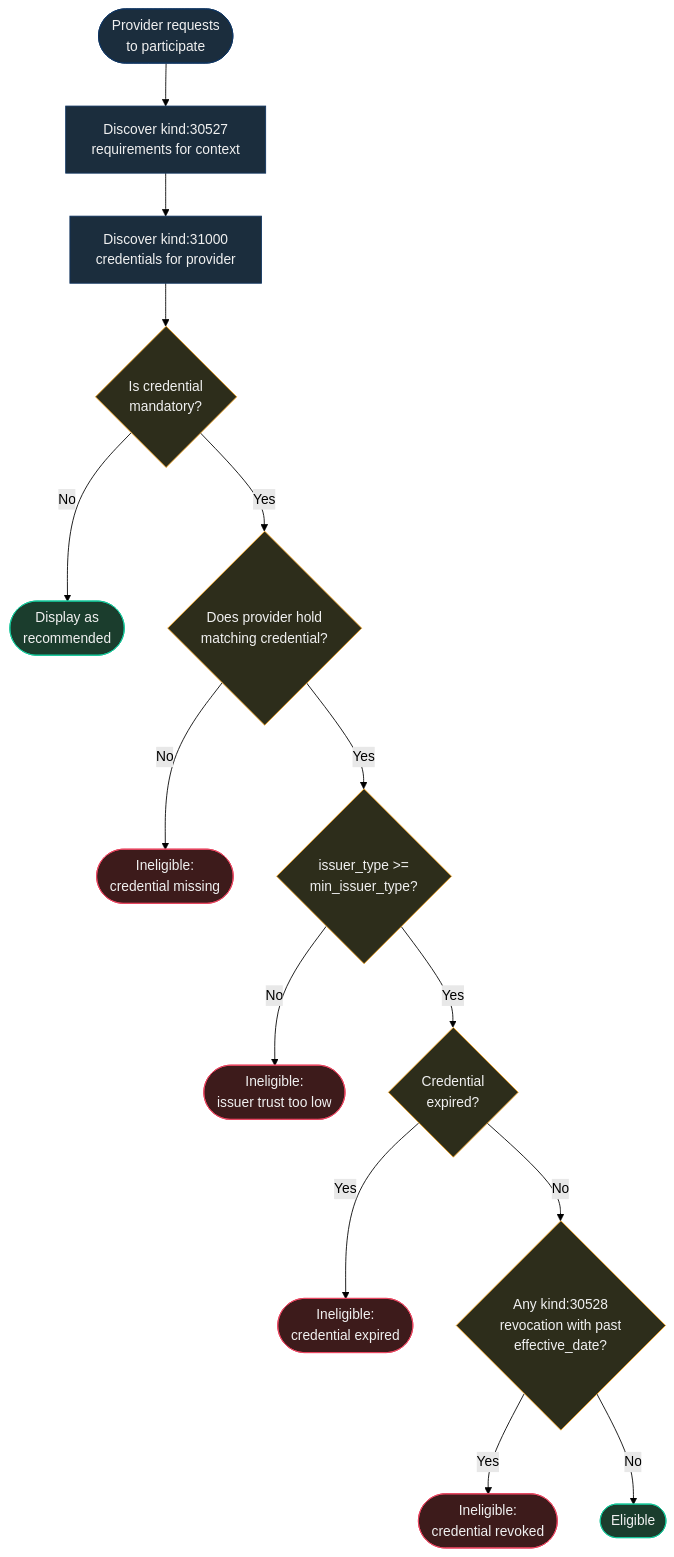
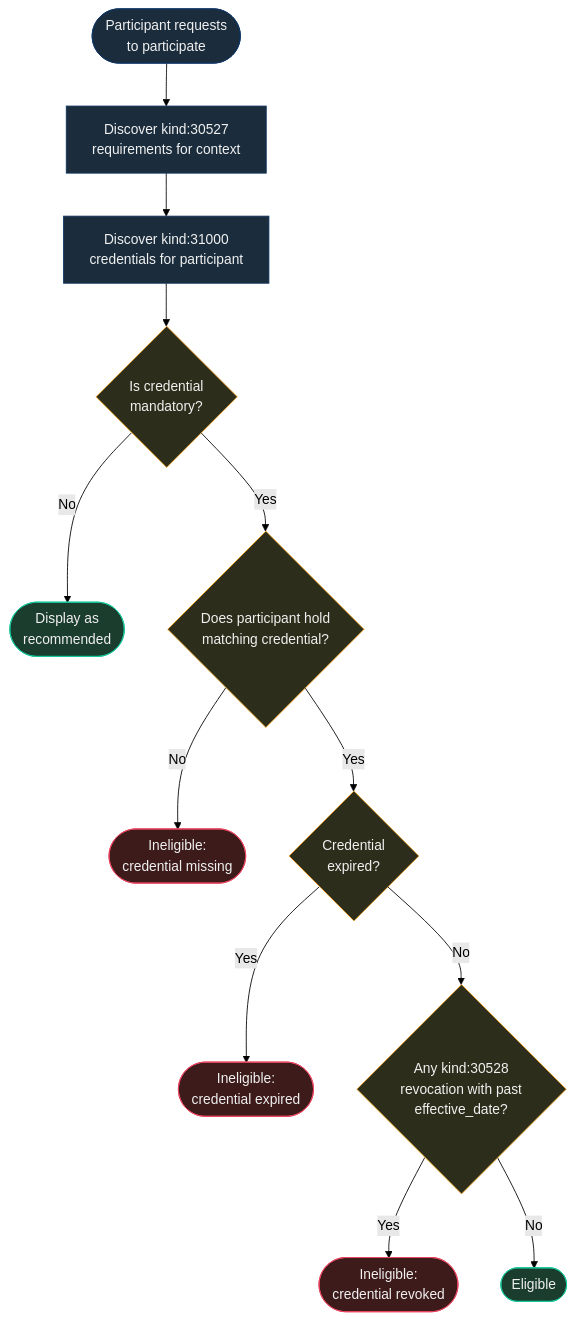
Before and after one commit to forgesworn/nip-drafts: the diagram in nips/NIP-CREDENTIALS.md, drawn with Mermaid (forest theme). The commit also changed other lines of this file and 26 other files, not shown here.

````diff
--- a/nips/NIP-CREDENTIALS.md
+++ b/nips/NIP-CREDENTIALS.md
@@ -246,33 +233,29 @@
 ```mermaid
 flowchart TD
     classDef green fill:#1b3d2d,stroke:#16c79a,color:#f0f0f0
     classDef yellow fill:#2d2d1b,stroke:#f5a623,color:#f0f0f0
     classDef blue fill:#1b2d3d,stroke:#0f3460,color:#f0f0f0
     classDef red fill:#3d1b1b,stroke:#e94560,color:#f0f0f0
 
-    START([Provider requests<br/>to participate]):::blue
+    START([Participant requests<br/>to participate]):::blue
     REQ[Discover kind:30527<br/>requirements for context]:::blue
-    CRED[Discover kind:31000<br/>credentials for provider]:::blue
+    CRED[Discover kind:31000<br/>credentials for participant]:::blue
 
     START --> REQ --> CRED
 
     MANDATORY{Is credential<br/>mandatory?}:::yellow
     CRED --> MANDATORY
 
     MANDATORY -- "No" --> RECOMMEND([Display as<br/>recommended]):::green
 
-    MANDATORY -- "Yes" --> HAS_CRED{Does provider hold<br/>matching credential?}:::yellow
+    MANDATORY -- "Yes" --> HAS_CRED{Does participant hold<br/>matching credential?}:::yellow
     HAS_CRED -- "No" --> INELIGIBLE([Ineligible:<br/>credential missing]):::red
 
-    HAS_CRED -- "Yes" --> TRUST{issuer_type >= <br/>min_issuer_type?}:::yellow
-
-    TRUST -- "No" --> INELIGIBLE2([Ineligible:<br/>issuer trust too low]):::red
-
-    TRUST -- "Yes" --> EXPIRY{Credential<br/>expired?}:::yellow
+    HAS_CRED -- "Yes" --> EXPIRY{Credential<br/>expired?}:::yellow
     EXPIRY -- "Yes" --> INELIGIBLE3([Ineligible:<br/>credential expired]):::red
 
     EXPIRY -- "No" --> REVOKED{Any kind:30528<br/>revocation with past<br/>effective_date?}:::yellow
     REVOKED -- "Yes" --> INELIGIBLE4([Ineligible:<br/>credential revoked]):::red
 
     REVOKED -- "No" --> ELIGIBLE([Eligible]):::green
 ```
````
